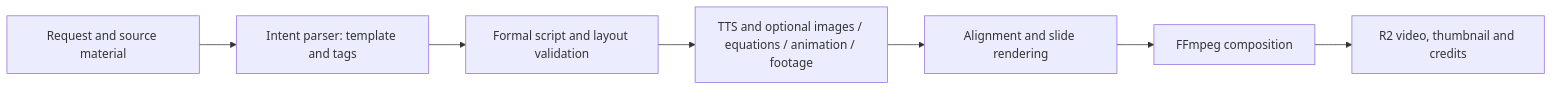
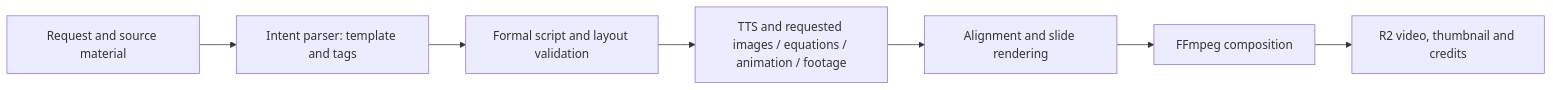
Before and after one commit to LukasPodhorny/shorts-generator: the diagram in docs/FORMAL_VIDEO_TEMPLATES.md, drawn with Mermaid. The commit also changed other lines of this file and 17 other files, not shown here.

````diff
--- a/docs/FORMAL_VIDEO_TEMPLATES.md
+++ b/docs/FORMAL_VIDEO_TEMPLATES.md
@@ -111,9 +118,9 @@
 ```mermaid
 flowchart LR
     A[Request and source material] --> B[Intent parser: template and tags]
     B --> C[Formal script and layout validation]
-    C --> D[TTS and optional images / equations / animation / footage]
+    C --> D[TTS and requested images / equations / animation / footage]
     D --> E[Alignment and slide rendering]
     E --> F[FFmpeg composition]
     F --> G[R2 video, thumbnail and credits]
 ```
````
